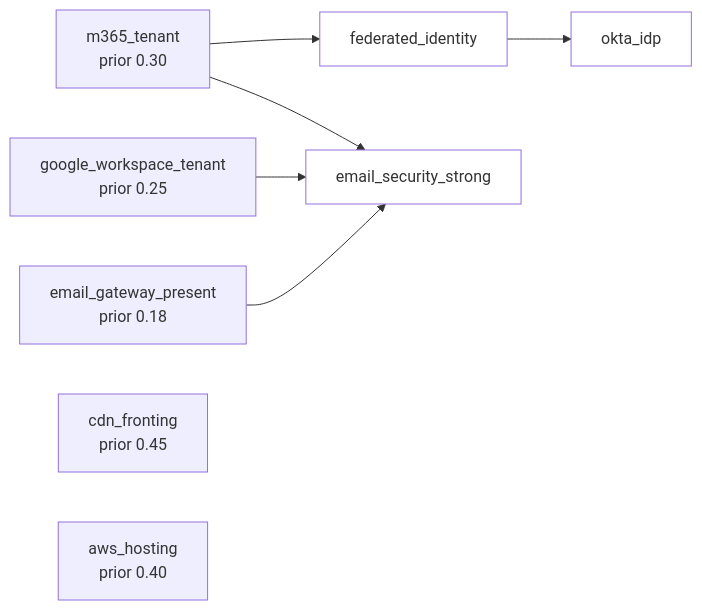
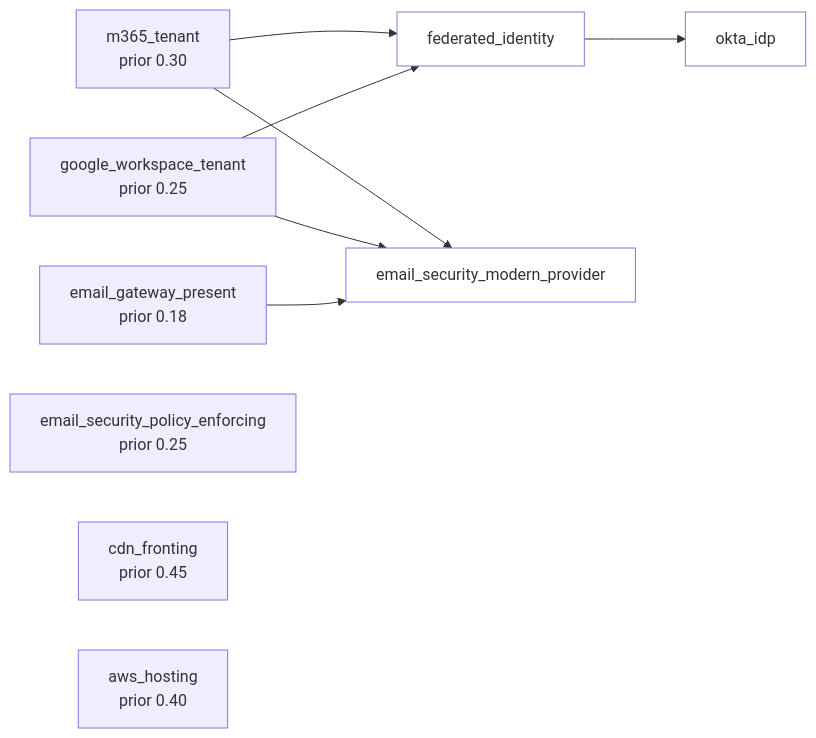
One commit to blisspixel/recon changed the second of 4 diagrams in docs/correlation.md. Above: the diagram before and after it, drawn with Mermaid. The commit also changed other lines of this file and 15 other files, not shown here.

````diff
--- a/docs/correlation.md
+++ b/docs/correlation.md
@@ -463,19 +468,22 @@
 ```mermaid
 graph LR
   m365[m365_tenant<br/>prior 0.30] --> fed[federated_identity]
+  gws[google_workspace_tenant<br/>prior 0.25] --> fed
   fed --> okta[okta_idp]
-  m365 --> esec[email_security_strong]
-  gws[google_workspace_tenant<br/>prior 0.25] --> esec
-  egw[email_gateway_present<br/>prior 0.18] --> esec
+  m365 --> emp[email_security_modern_provider]
+  gws --> emp
+  egw[email_gateway_present<br/>prior 0.18] --> emp
+  pol[email_security_policy_enforcing<br/>prior 0.25]
   cdn[cdn_fronting<br/>prior 0.45]
   aws[aws_hosting<br/>prior 0.40]
 
   style m365 fill:#eef
   style gws fill:#eef
   style egw fill:#eef
   style cdn fill:#eef
   style aws fill:#eef
+  style pol fill:#eef
   style fed fill:#fff
   style okta fill:#fff
-  style esec fill:#fff
+  style emp fill:#fff
 ```
````
